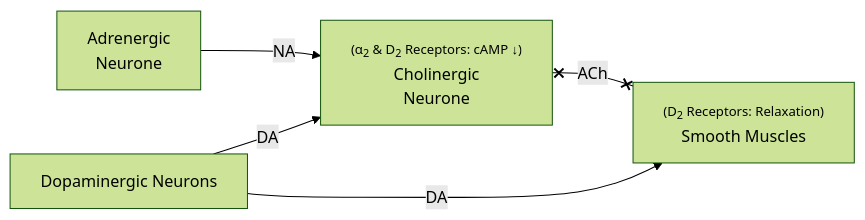
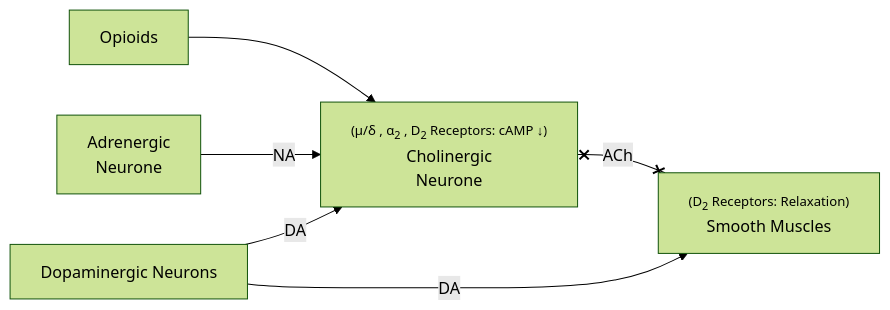
The second of 2 diagrams in Y3S2 SBMS2106 Pharmacology and Toxicology/Lecture 9.2 - (Gastrointestinal Pharmacology) Gastric Motility Drugs.md (catskin0106/BiomedStuff), drawn with Mermaid (forest theme) before and after one commit. The commit also changed other lines of this file, not shown here.

````diff
--- a/Y3S2 SBMS2106 Pharmacology and Toxicology/Lecture 9.2 - (Gastrointestinal Pharmacology) Gastric Motility Drugs.md
+++ b/Y3S2 SBMS2106 Pharmacology and Toxicology/Lecture 9.2 - (Gastrointestinal Pharmacology) Gastric Motility Drugs.md
@@ -24,6 +24,7 @@
 ```mermaid
 flowchart LR
-	A["Adrenergic<br>Neurone"]--NA-->B["<font size="2">(α<sub>2</sub> & D<sub>2</sub> Receptors: cAMP ↓)</font><br>Cholinergic<br>Neurone"]x--ACh--xC["<font size="2">(D<sub>2</sub> Receptors: Relaxation)</font><br>Smooth Muscles"]
+	E["Opioids"]-->B
+	A["Adrenergic<br>Neurone"]--NA-->B["<font size="2">(μ/δ , α<sub>2</sub> , D<sub>2</sub> Receptors: cAMP ↓)</font><br>Cholinergic<br>Neurone"]x--ACh--xC["<font size="2">(D<sub>2</sub> Receptors: Relaxation)</font><br>Smooth Muscles"]
 	D["Dopaminergic Neurons"]--DA-->B
 	D--DA-->C
 ```
````
